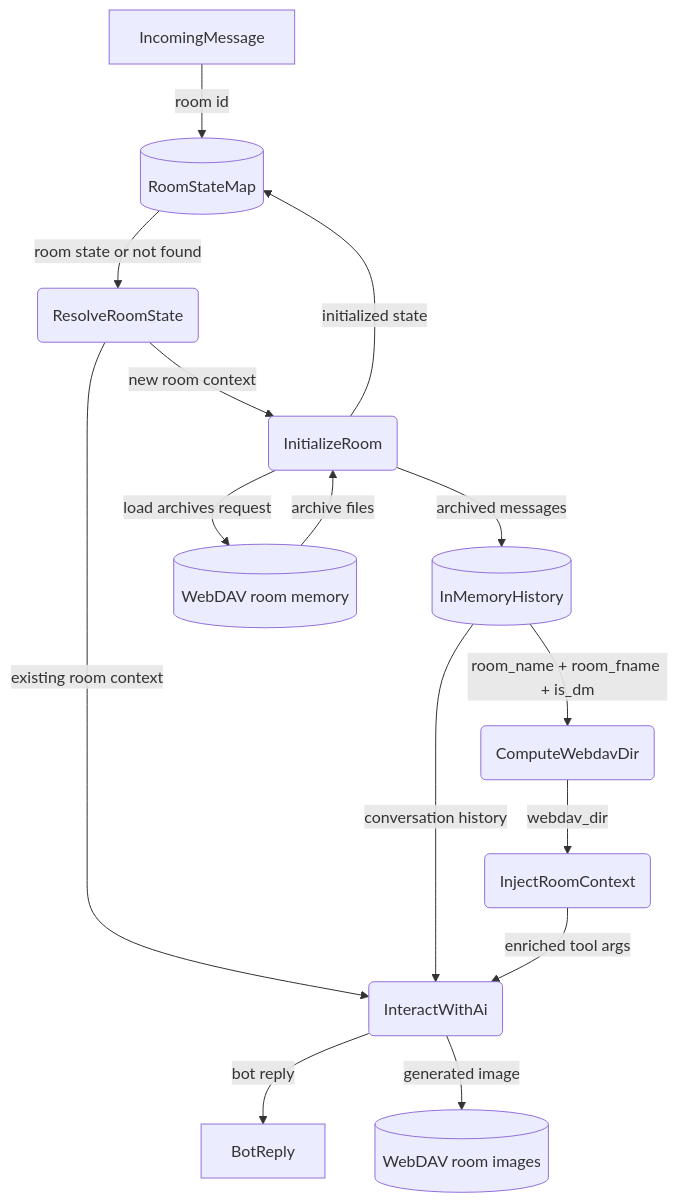
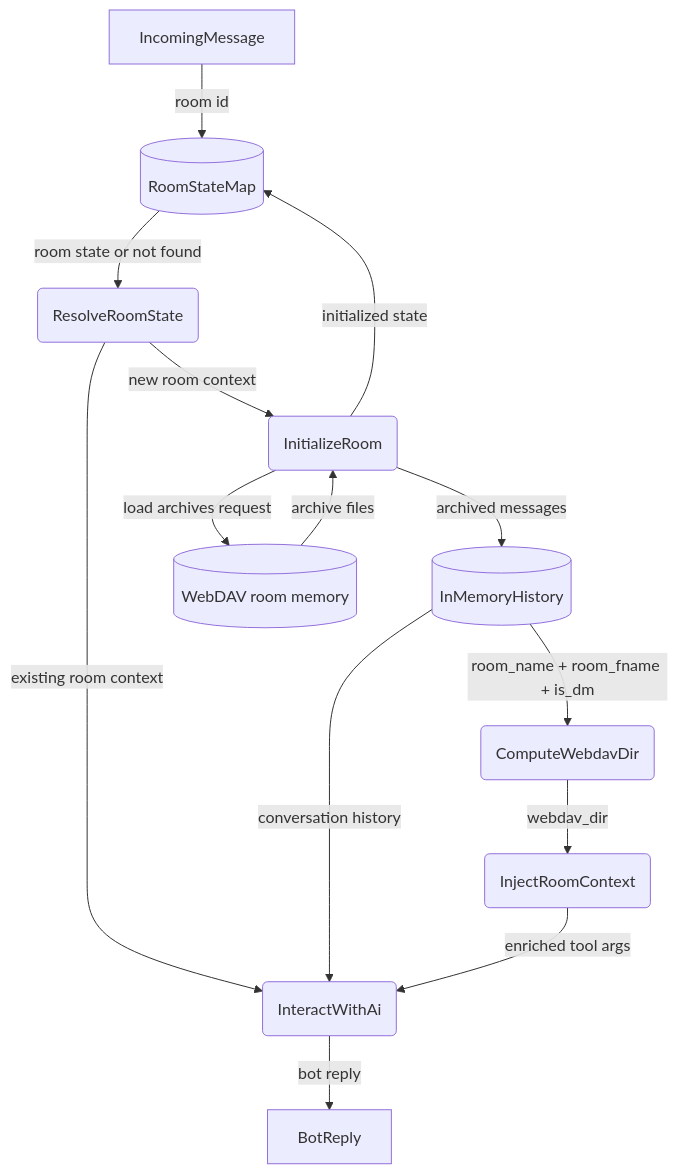
One commit to cosmoswafer/rockbot changed the sixth of 6 diagrams in _dfds/agent-harness.md. Above: the diagram before and after it, drawn with Mermaid. The commit also changed other lines of this file and 1 other file, not shown here.

First line of the commit message:
refactor(harness): generalize DFD to abstract tool calling, fix image_urls injection precedence

````diff
--- a/_dfds/agent-harness.md
+++ b/_dfds/agent-harness.md
@@ -253,29 +198,27 @@
 ```mermaid
 flowchart TD
     RC[IncomingMessage]
     ROOM_MAP[(RoomStateMap)]
     RESOLVE(ResolveRoomState)
     NEW_ROOM(InitializeRoom)
     MEM[(InMemoryHistory)]
     COMPUTE(ComputeWebdavDir)
     INJECT(InjectRoomContext)
     INACT(InteractWithAi)
     REPLY[BotReply]
     DAV[(WebDAV room memory)]
-    DAV_IMG[(WebDAV room images)]
 
     RC -->|"room id"| ROOM_MAP
     ROOM_MAP -->|"room state or not found"| RESOLVE
     RESOLVE -->|"new room context"| NEW_ROOM
     RESOLVE -->|"existing room context"| INACT
     NEW_ROOM -->|"load archives request"| DAV
     DAV -->|"archive files"| NEW_ROOM
     NEW_ROOM -->|"archived messages"| MEM
     NEW_ROOM -->|"initialized state"| ROOM_MAP
     MEM -->|"conversation history"| INACT
     MEM -->|"room_name + room_fname + is_dm"| COMPUTE
     COMPUTE -->|"webdav_dir"| INJECT
     INJECT -->|"enriched tool args"| INACT
     INACT -->|"bot reply"| REPLY
-    INACT -->|"generated image"| DAV_IMG
 ```
````
